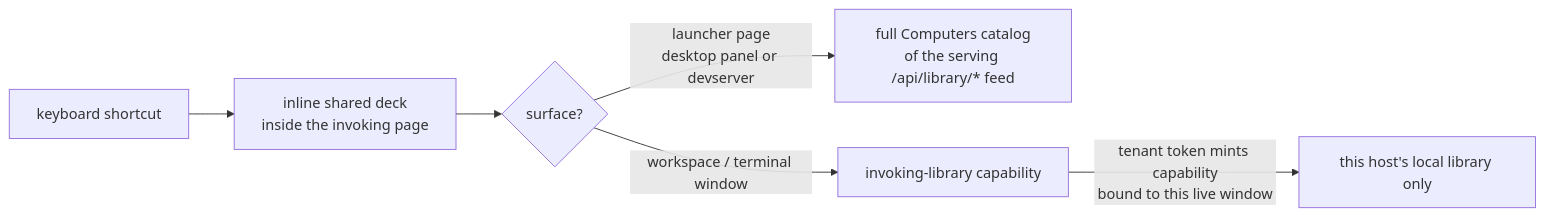
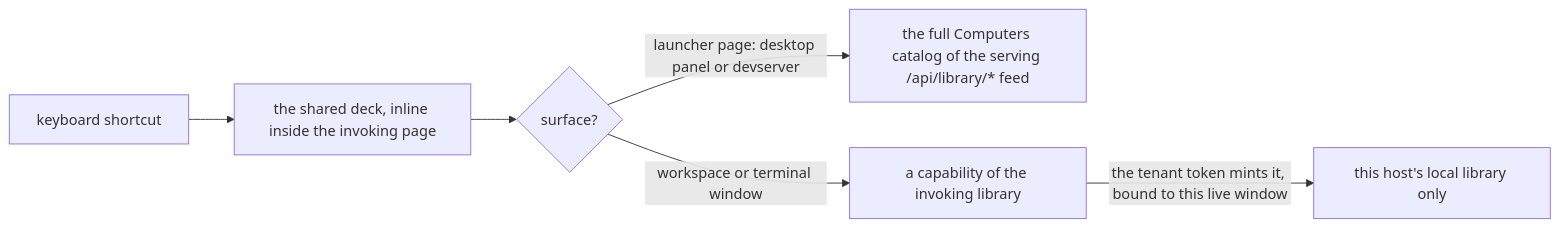
The third of 3 diagrams in web/packages/launcher/design.md (fiorix/chan), drawn with Mermaid before and after one commit. The commit also changed other lines of this file and 17 other files, not shown here.

````diff
--- a/web/packages/launcher/design.md
+++ b/web/packages/launcher/design.md
@@ -98,8 +111,8 @@
 ```mermaid
 flowchart LR
-    KEY["keyboard shortcut"] --> DECK["inline shared deck<br/>inside the invoking page"]
+    KEY["keyboard shortcut"] --> DECK["the shared deck, inline inside the invoking page"]
     DECK --> HOST{"surface?"}
-    HOST -->|"launcher page<br/>desktop panel or devserver"| AGG["full Computers catalog<br/>of the serving /api/library/* feed"]
-    HOST -->|"workspace / terminal window"| INLINE["invoking-library capability"]
-    INLINE -->|"tenant token mints capability<br/>bound to this live window"| LOCAL["this host's local library only"]
+    HOST -->|"launcher page: desktop panel or devserver"| AGG["the full Computers catalog of the serving /api/library/* feed"]
+    HOST -->|"workspace or terminal window"| INLINE["a capability of the invoking library"]
+    INLINE -->|"the tenant token mints it, bound to this live window"| LOCAL["this host's local library only"]
 ```
````
